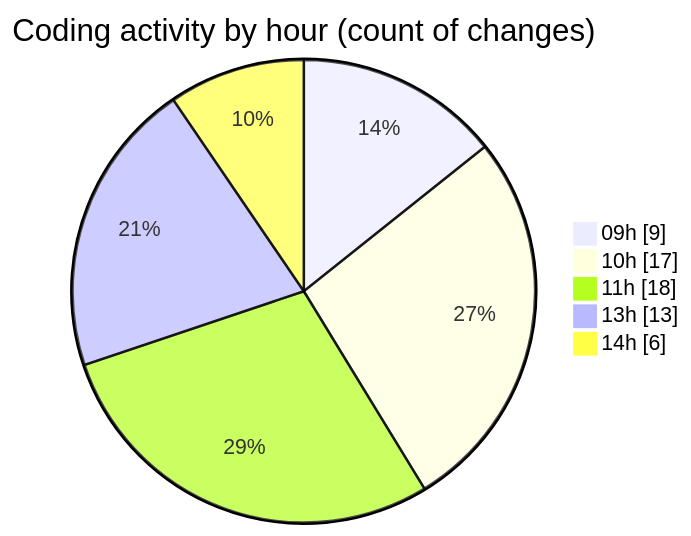
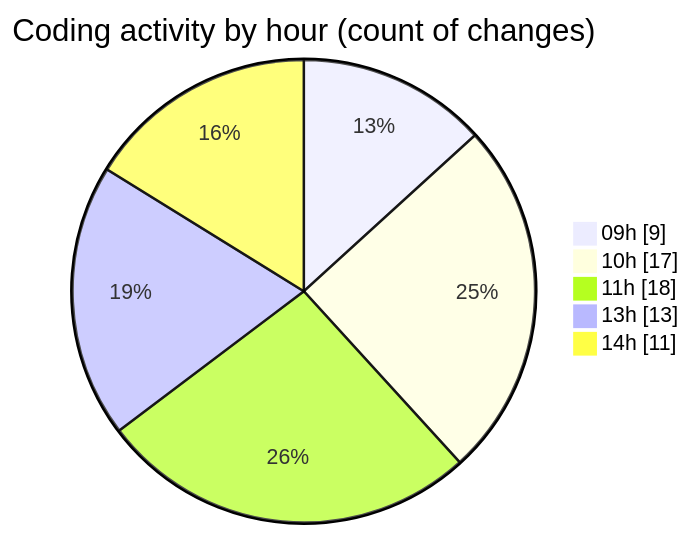
One commit to momahboobian/code-tracking changed the second of 2 diagrams in 2025-05-08/cda/README.md. Above: the diagram before and after it, drawn with Mermaid. The commit also changed other lines of this file and 1 other file, not shown here.

````diff
--- a/2025-05-08/cda/README.md
+++ b/2025-05-08/cda/README.md
@@ -49,9 +49,9 @@
 ```mermaid
 pie showData
 title Coding activity by hour (count of changes)
 "09h" : 9
 "10h" : 17
 "11h" : 18
 "13h" : 13
-"14h" : 6
+"14h" : 11
 ```
````
